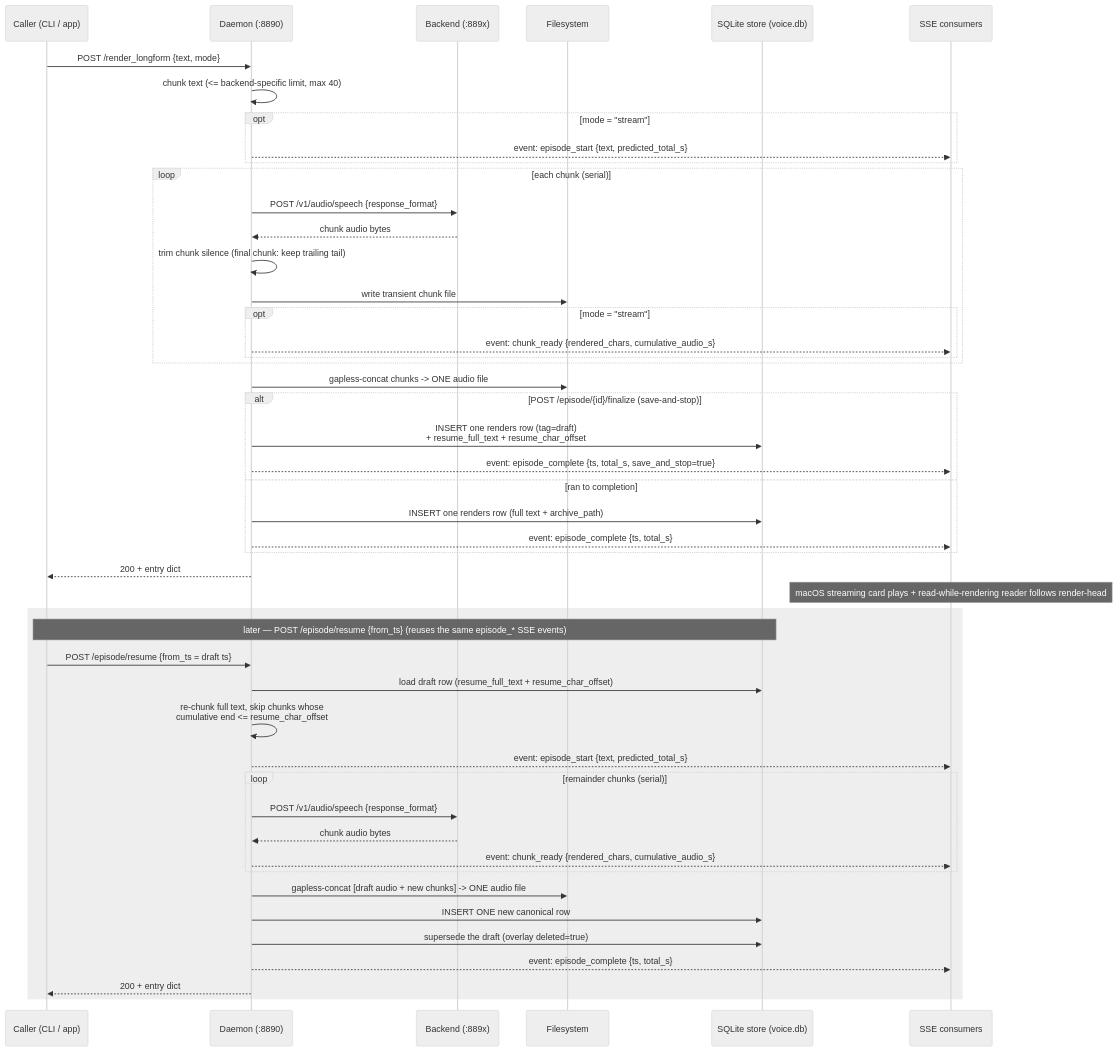
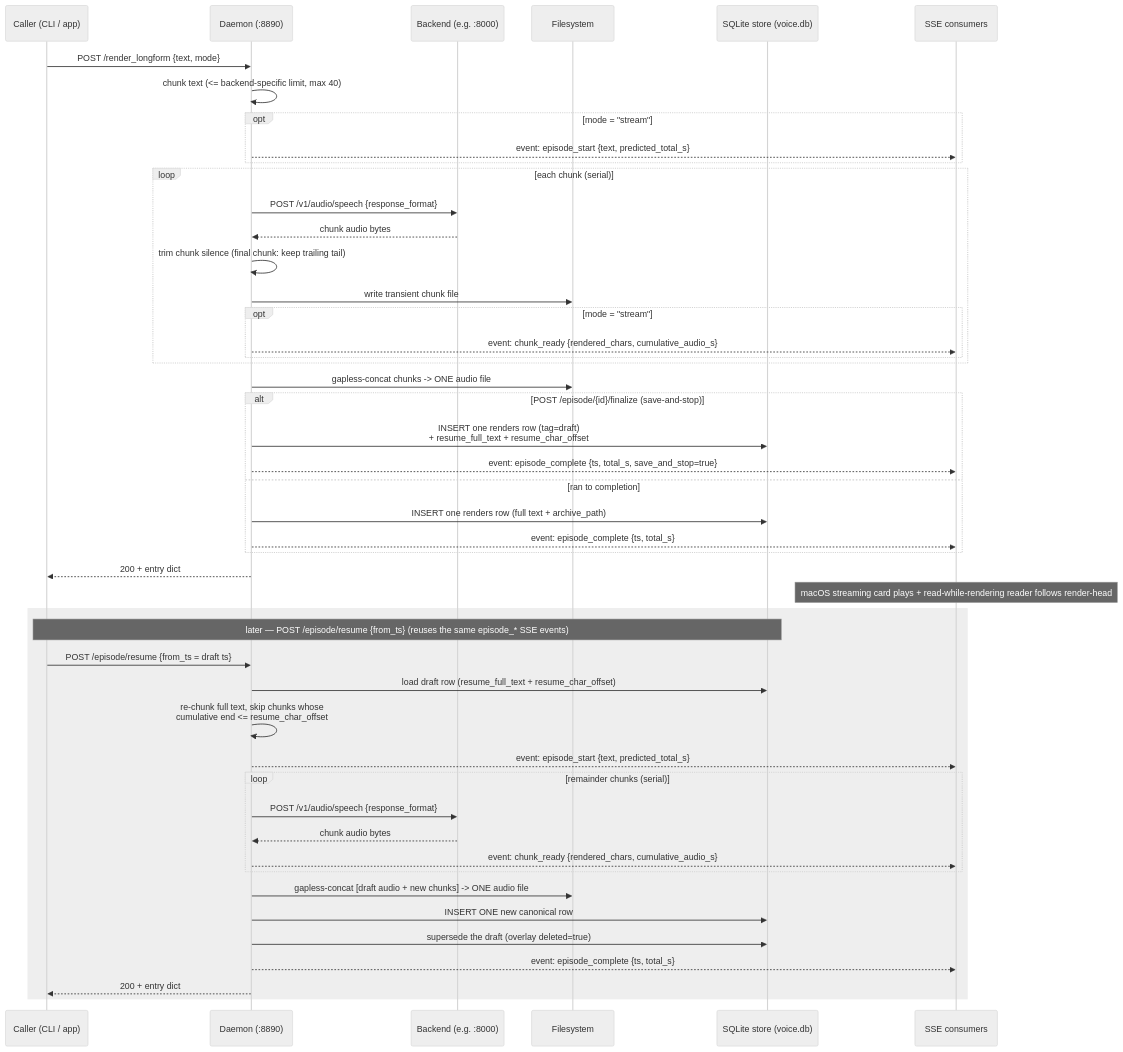
One commit to quillrun/voice-say changed the ninth of 9 diagrams in docs/diagrams.md. Above: the diagram before and after it, drawn with Mermaid (neutral theme). The commit also changed other lines of this file and 107 other files, not shown here.

````diff
--- a/docs/diagrams.md
+++ b/docs/diagrams.md
@@ -266,52 +264,52 @@
 ```mermaid
 sequenceDiagram
     participant C as Caller (CLI / app)
     participant D as Daemon (:8890)
-    participant B as Backend (:889x)
+    participant B as Backend (e.g. :8000)
     participant FS as Filesystem
     participant DB as SQLite store (voice.db)
     participant S as SSE consumers
 
     C->>D: POST /render_longform {text, mode}
     D->>D: chunk text (<= backend-specific limit, max 40)
     opt mode = "stream"
         D-->>S: event: episode_start {text, predicted_total_s}
     end
     loop each chunk (serial)
         D->>B: POST /v1/audio/speech {response_format}
         B-->>D: chunk audio bytes
         D->>D: trim chunk silence (final chunk: keep trailing tail)
         D->>FS: write transient chunk file
         opt mode = "stream"
             D-->>S: event: chunk_ready {rendered_chars, cumulative_audio_s}
         end
     end
     D->>FS: gapless-concat chunks -> ONE audio file
     alt POST /episode/{id}/finalize (save-and-stop)
         D->>DB: INSERT one renders row (tag=draft)<br/>+ resume_full_text + resume_char_offset
         D-->>S: event: episode_complete {ts, total_s, save_and_stop=true}
     else ran to completion
         D->>DB: INSERT one renders row (full text + archive_path)
         D-->>S: event: episode_complete {ts, total_s}
     end
     D-->>C: 200 + entry dict
     Note over S: macOS streaming card plays + read-while-rendering reader follows render-head
 
     rect rgb(238, 238, 238)
         Note over C,DB: later — POST /episode/resume {from_ts} (reuses the same episode_* SSE events)
         C->>D: POST /episode/resume {from_ts = draft ts}
         D->>DB: load draft row (resume_full_text + resume_char_offset)
         D->>D: re-chunk full text, skip chunks whose<br/>cumulative end <= resume_char_offset
         D-->>S: event: episode_start {text, predicted_total_s}
         loop remainder chunks (serial)
             D->>B: POST /v1/audio/speech {response_format}
             B-->>D: chunk audio bytes
             D-->>S: event: chunk_ready {rendered_chars, cumulative_audio_s}
         end
         D->>FS: gapless-concat [draft audio + new chunks] -> ONE audio file
         D->>DB: INSERT ONE new canonical row
         D->>DB: supersede the draft (overlay deleted=true)
         D-->>S: event: episode_complete {ts, total_s}
         D-->>C: 200 + entry dict
     end
 ```
````
